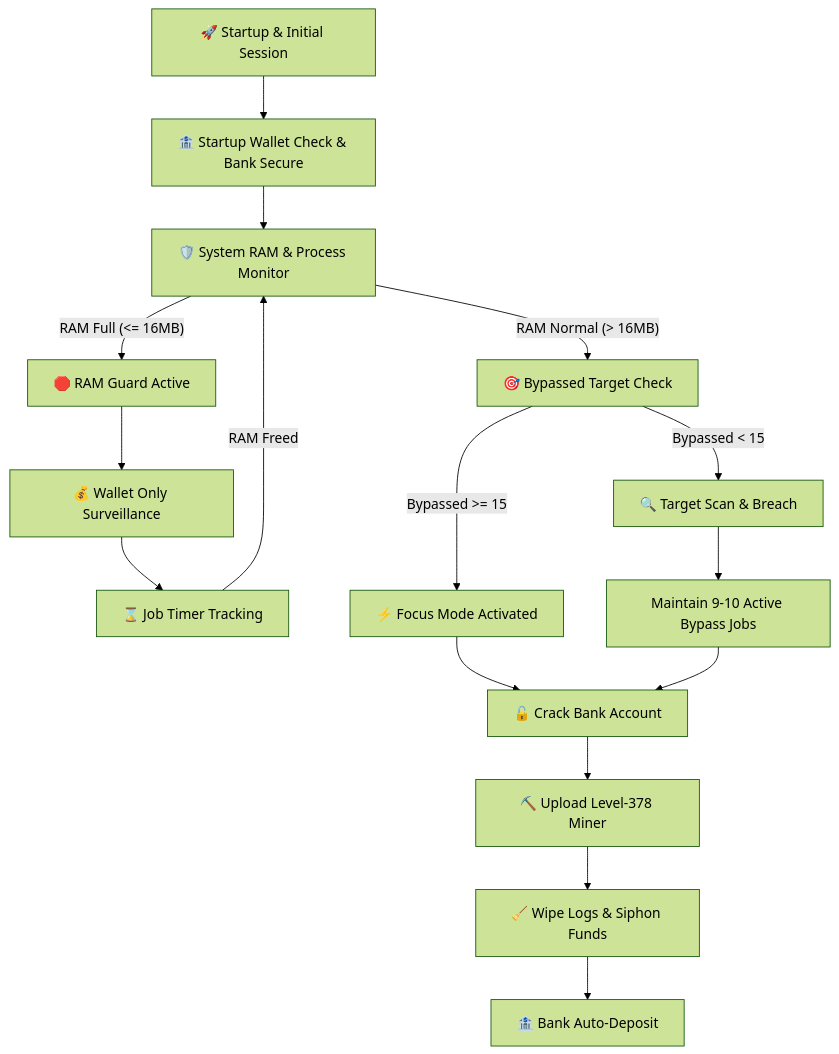
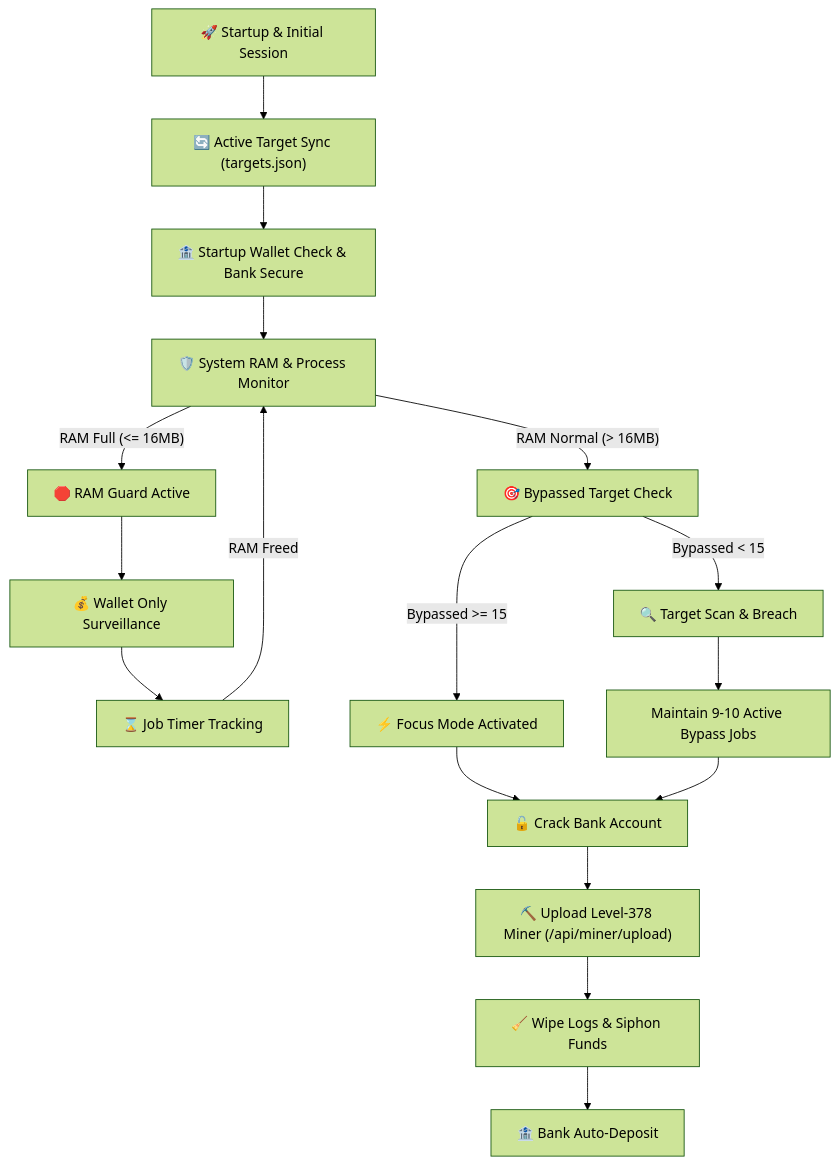
Before and after one commit to sakfi/LyOs-Bot: the diagram in README.md, drawn with Mermaid (forest theme). The commit also changed other lines of this file and 2 other files, not shown here.

Commit message:
feat: add miner upload mode, startup active target sync, and endpoint fixes

````diff
--- a/README.md
+++ b/README.md
@@ -53,22 +55,23 @@
 ```mermaid
 graph TD
-    A["🚀 Startup & Initial Session"] --> B["🏦 Startup Wallet Check & Bank Secure"]
+    A["🚀 Startup & Initial Session"] --> S["🔄 Active Target Sync (targets.json)"]
+    S --> B["🏦 Startup Wallet Check & Bank Secure"]
     B --> C["🛡️ System RAM & Process Monitor"]
     
     C -->|"RAM Full (<= 16MB)"| D["🛑 RAM Guard Active"]
     D --> D1["💰 Wallet Only Surveillance"]
     D1 --> D2["⌛ Job Timer Tracking"]
     D2 -->|"RAM Freed"| C
     
     C -->|"RAM Normal (> 16MB)"| E["🎯 Bypassed Target Check"]
     
     E -->|"Bypassed >= 15"| F["⚡ Focus Mode Activated"]
     F --> F1["🔓 Crack Bank Account"]
-    F1 --> F2["⛏️ Upload Level-378 Miner"]
+    F1 --> F2["⛏️ Upload Level-378 Miner (/api/miner/upload)"]
     F2 --> F3["🧹 Wipe Logs & Siphon Funds"]
     F3 --> F4["🏦 Bank Auto-Deposit"]
     
     E -->|"Bypassed < 15"| G["🔍 Target Scan & Breach"]
     G --> G1["Maintain 9-10 Active Bypass Jobs"]
     G1 --> F1
 ```
````
